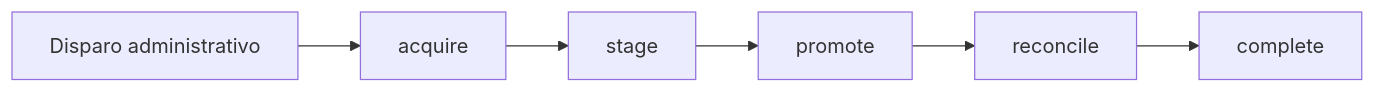
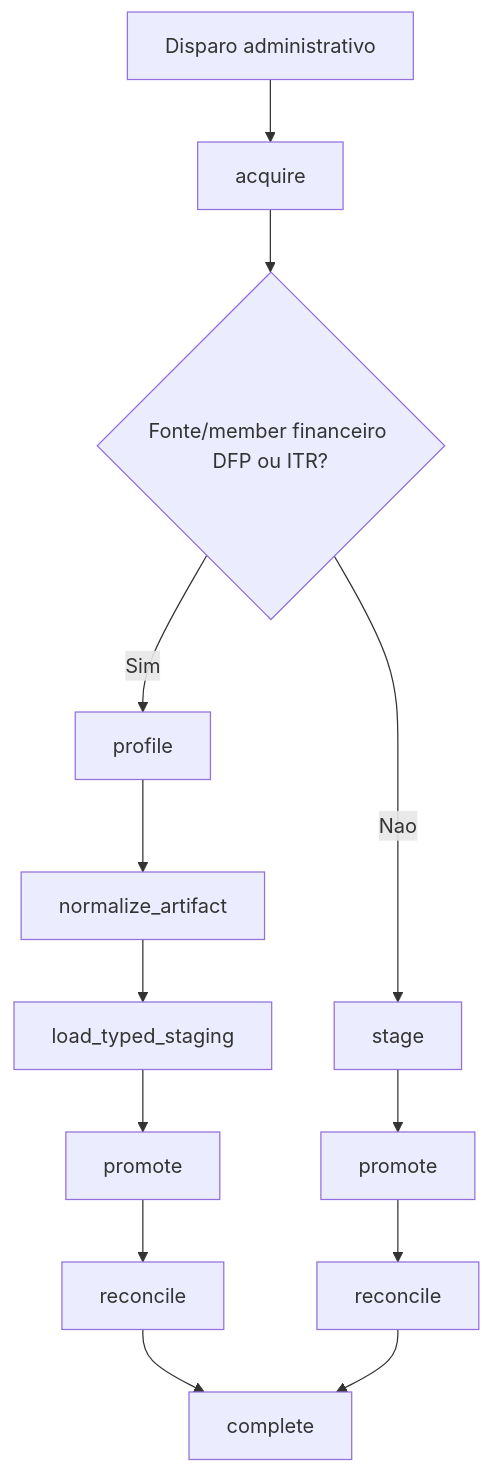
The first of 2 diagrams in docusaurus/docs/concepts/ingestion-pipeline.md (JoseLArantes/cvm.tucano), drawn with Mermaid before and after one commit. The commit also changed other lines of this file and 16 other files, not shown here.

````diff
--- a/docusaurus/docs/concepts/ingestion-pipeline.md
+++ b/docusaurus/docs/concepts/ingestion-pipeline.md
@@ -19,8 +19,15 @@
 ```mermaid
-flowchart LR
+flowchart TD
     A["Disparo administrativo"] --> B["acquire"]
-    B --> C["stage"]
-    C --> D["promote"]
-    D --> E["reconcile"]
-    E --> F["complete"]
+    B --> C{"Fonte/member financeiro DFP ou ITR?"}
+    C -->|Sim| D["profile"]
+    D --> E["normalize_artifact"]
+    E --> F["load_typed_staging"]
+    F --> G["promote"]
+    G --> H["reconcile"]
+    H --> I["complete"]
+    C -->|Nao| J["stage"]
+    J --> K["promote"]
+    K --> L["reconcile"]
+    L --> I
 ```
````
